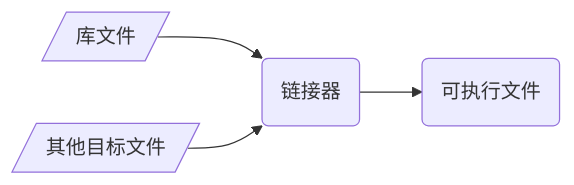
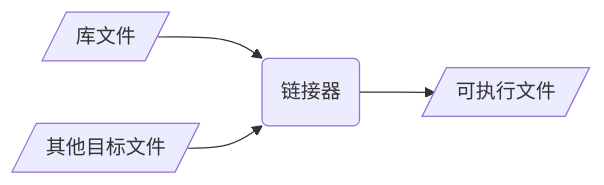
One commit to dmjcb/dmjcb.github.io changed the third of 5 diagrams in _posts/c_c++/library/2023-02-28-dynamic library.md. Above: the diagram before and after it, drawn with Mermaid. The commit also changed other lines of this file and 114 other files, not shown here.

````diff
--- a/_posts/c_c++/library/2023-02-28-dynamic library.md
+++ b/_posts/c_c++/library/2023-02-28-dynamic library.md
@@ -205,8 +201,8 @@
 ```mermaid
 graph LR;
     X[/库文件/]
     A[/其他目标文件/]
     X-->B(链接器)
     A-->B(链接器)
-    B-->C(可执行文件)
+    B-->C[/可执行文件/]
 ```
````
